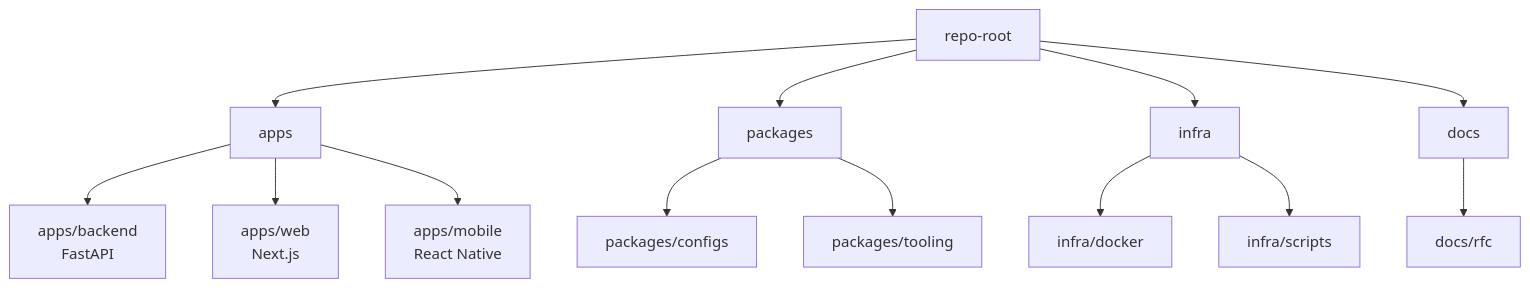
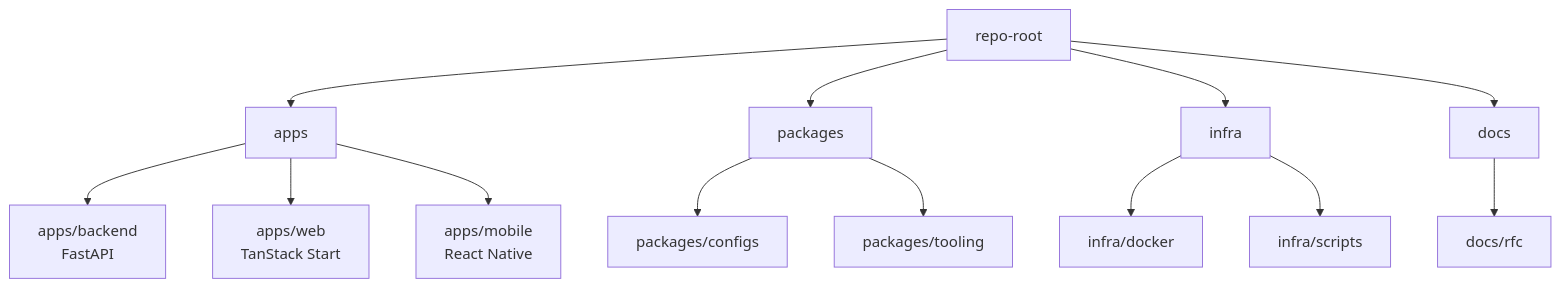
One commit to Luciano0322/fleet_management_system changed the third of 4 diagrams in docs/rfc-fms-design_zhTW.md. Above: the diagram before and after it, drawn with Mermaid. The commit also changed other lines of this file and 1 other file, not shown here.

````diff
--- a/docs/rfc-fms-design_zhTW.md
+++ b/docs/rfc-fms-design_zhTW.md
@@ -299,22 +319,22 @@
 ```mermaid
 flowchart TD
     root[repo-root] --> apps
     root --> packages
     root --> infra
     root --> docs
 
     apps --> backend[apps/backend
 FastAPI]
     apps --> web[apps/web
-Next.js]
+TanStack Start]
     apps --> mobile[apps/mobile
 React Native]
 
     packages --> configs[packages/configs]
     packages --> tooling[packages/tooling]
 
     infra --> docker[infra/docker]
     infra --> scripts[infra/scripts]
 
     docs --> rfc[docs/rfc]
 ```
````
